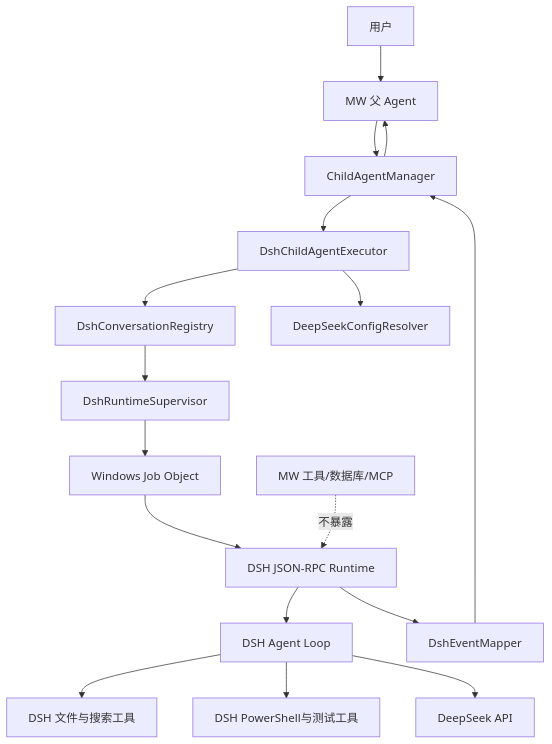
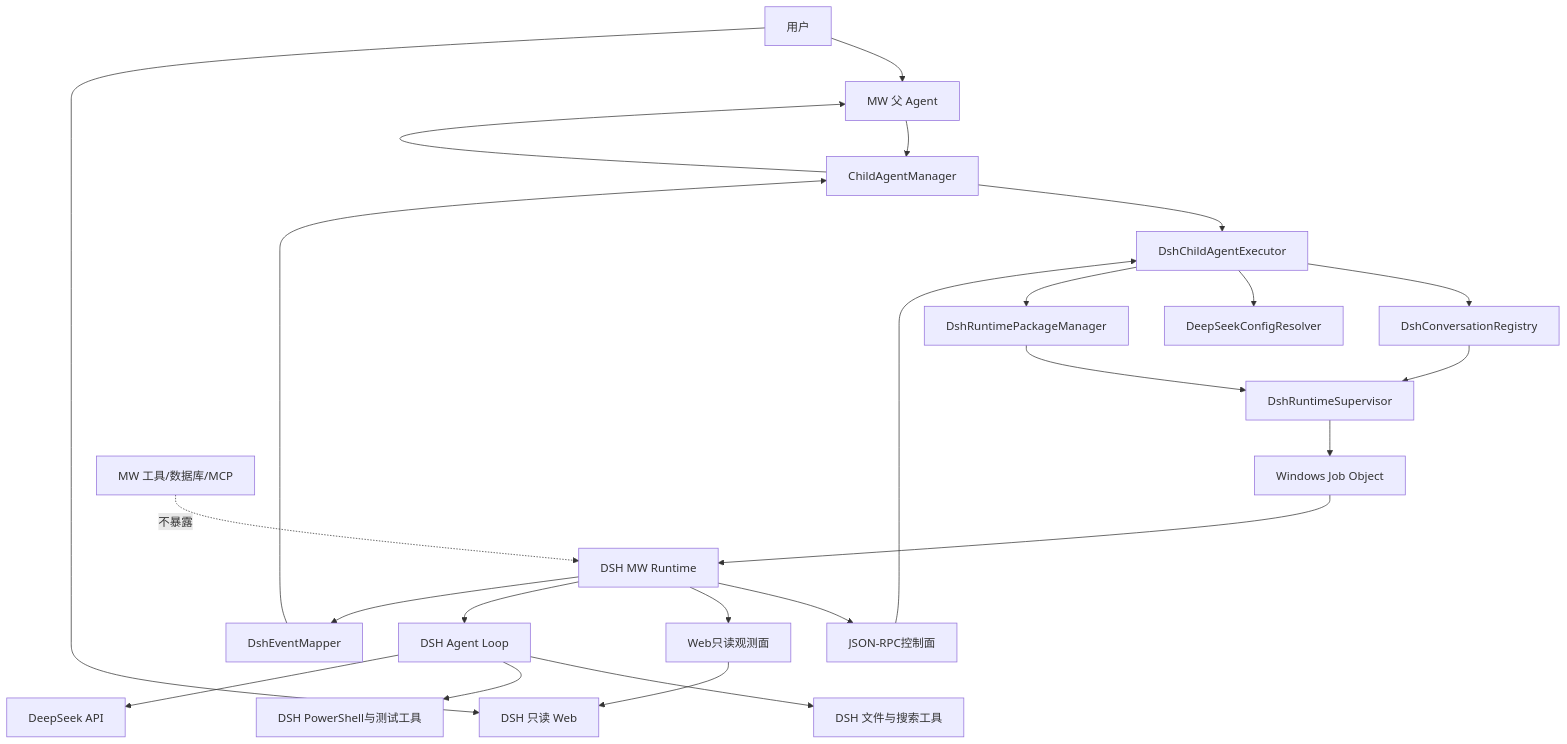
Before and after one commit to xiao-Huahuo/Agent-Core-Service: the diagram in docs/ADAPTER_DESIGN.md, drawn with Mermaid. The commit also changed other lines of this file and 99 other files, not shown here.

Commit message:
新图标

```diff
--- a/docs/ADAPTER_DESIGN.md
+++ b/docs/ADAPTER_DESIGN.md
@@ -117,20 +126,27 @@
 ~~~mermaid
 flowchart TD
     U[用户] --> P[MW 父 Agent]
+    U --> OW[DSH 只读 Web]
     P --> M[ChildAgentManager]
     M --> A[DshChildAgentExecutor]
     A --> C[DshConversationRegistry]
     A --> R[DeepSeekConfigResolver]
+    A --> I[DshRuntimePackageManager]
     C --> S[DshRuntimeSupervisor]
     S --> J[Windows Job Object]
-    J --> D[DSH JSON-RPC Runtime]
+    I --> S
+    J --> D[DSH MW Runtime]
+    D --> Q[JSON-RPC控制面]
+    D --> H[Web只读观测面]
+    Q --> A
+    H --> OW
     D --> L[DSH Agent Loop]
     L --> F[DSH 文件与搜索工具]
-    L --> W[DSH PowerShell与测试工具]
+    L --> PW[DSH PowerShell与测试工具]
     L --> K[DeepSeek API]
     D --> E[DshEventMapper]
     E --> M
     M --> P
 
     X[MW 工具/数据库/MCP] -. 不暴露 .-> D
 ~~~
```
